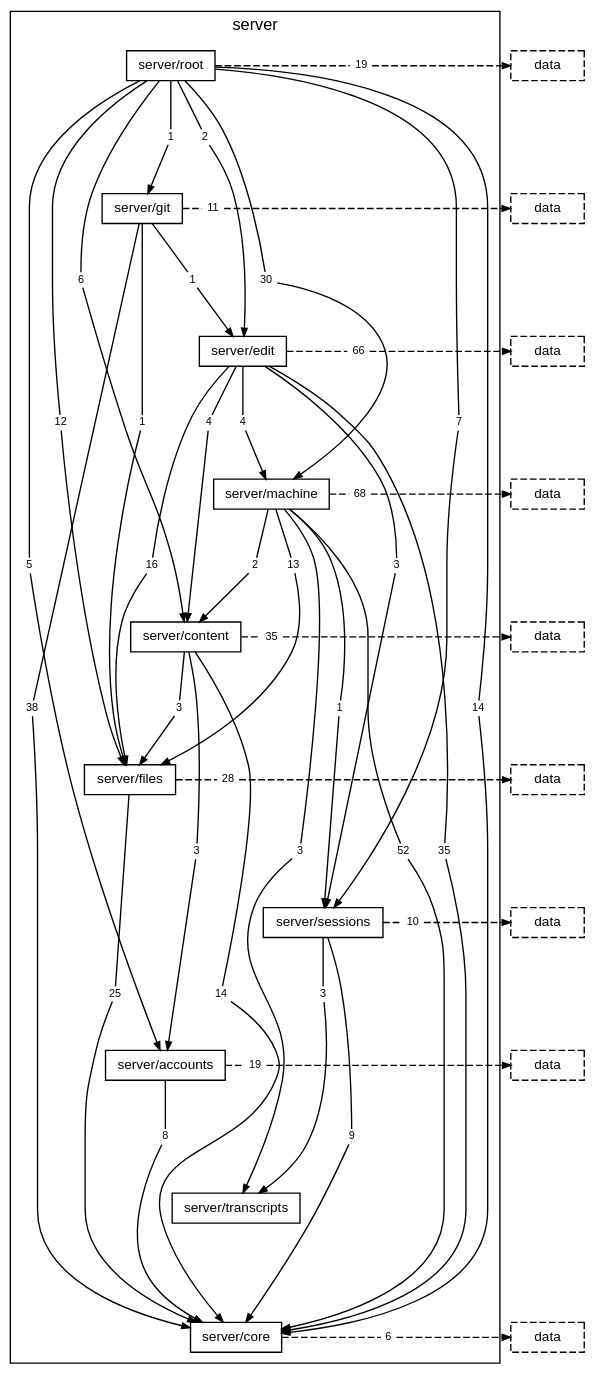
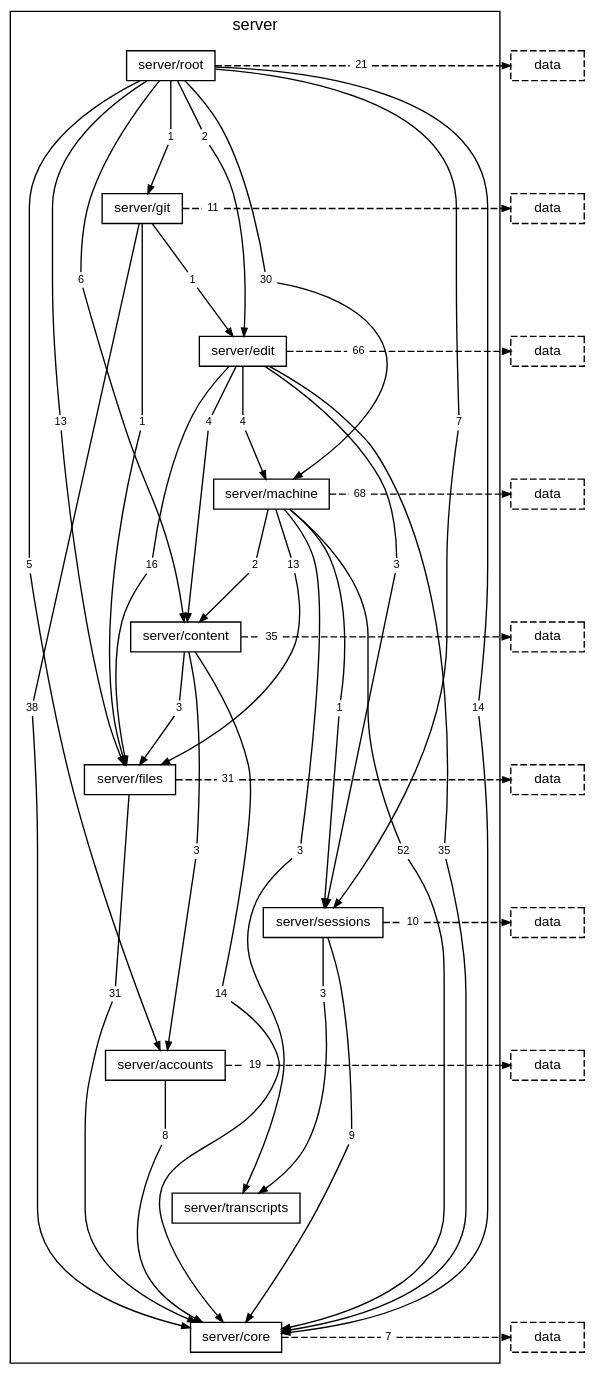
One commit to TheAxeC/oculus changed the diagram in docs/diagrams/layer-server.dot. Above: the diagram before and after it, drawn with Graphviz. The commit also changed 132 other files, not shown here.

```diff
--- a/docs/diagrams/layer-server.dot
+++ b/docs/diagrams/layer-server.dot
@@ -18,11 +18,11 @@
         "folder server/root to folder server/content" [label="6", shape=box, color="transparent", fontsize=8, width=0, height=0, margin="0.04,0.02"];
         "folder server/root to folder server/core" [label="14", shape=box, color="transparent", fontsize=8, width=0, height=0, margin="0.04,0.02"];
         "folder server/root to folder server/edit" [label="2", shape=box, color="transparent", fontsize=8, width=0, height=0, margin="0.04,0.02"];
-        "folder server/root to folder server/files" [label="12", shape=box, color="transparent", fontsize=8, width=0, height=0, margin="0.04,0.02"];
+        "folder server/root to folder server/files" [label="13", shape=box, color="transparent", fontsize=8, width=0, height=0, margin="0.04,0.02"];
         "folder server/root to folder server/git" [label="1", shape=box, color="transparent", fontsize=8, width=0, height=0, margin="0.04,0.02"];
         "folder server/root to folder server/machine" [label="30", shape=box, color="transparent", fontsize=8, width=0, height=0, margin="0.04,0.02"];
         "folder server/root to folder server/sessions" [label="7", shape=box, color="transparent", fontsize=8, width=0, height=0, margin="0.04,0.02"];
-        "folder server/root to layer data" [label="19", shape=box, color="transparent", fontsize=8, width=0, height=0, margin="0.04,0.02"];
+        "folder server/root to layer data" [label="21", shape=box, color="transparent", fontsize=8, width=0, height=0, margin="0.04,0.02"];
         "folder server/git to folder server/core" [label="38", shape=box, color="transparent", fontsize=8, width=0, height=0, margin="0.04,0.02"];
         "folder server/git to folder server/edit" [label="1", shape=box, color="transparent", fontsize=8, width=0, height=0, margin="0.04,0.02"];
         "folder server/git to folder server/files" [label="1", shape=box, color="transparent", fontsize=8, width=0, height=0, margin="0.04,0.02"];
@@ -43,14 +43,14 @@
         "folder server/content to folder server/core" [label="14", shape=box, color="transparent", fontsize=8, width=0, height=0, margin="0.04,0.02"];
         "folder server/content to folder server/files" [label="3", shape=box, color="transparent", fontsize=8, width=0, height=0, margin="0.04,0.02"];
         "folder server/content to layer data" [label="35", shape=box, color="transparent", fontsize=8, width=0, height=0, margin="0.04,0.02"];
-        "folder server/files to folder server/core" [label="25", shape=box, color="transparent", fontsize=8, width=0, height=0, margin="0.04,0.02"];
-        "folder server/files to layer data" [label="28", shape=box, color="transparent", fontsize=8, width=0, height=0, margin="0.04,0.02"];
+        "folder server/files to folder server/core" [label="31", shape=box, color="transparent", fontsize=8, width=0, height=0, margin="0.04,0.02"];
+        "folder server/files to layer data" [label="31", shape=box, color="transparent", fontsize=8, width=0, height=0, margin="0.04,0.02"];
         "folder server/sessions to folder server/core" [label="9", shape=box, color="transparent", fontsize=8, width=0, height=0, margin="0.04,0.02"];
         "folder server/sessions to folder server/transcripts" [label="3", shape=box, color="transparent", fontsize=8, width=0, height=0, margin="0.04,0.02"];
         "folder server/sessions to layer data" [label="10", shape=box, color="transparent", fontsize=8, width=0, height=0, margin="0.04,0.02"];
         "folder server/accounts to folder server/core" [label="8", shape=box, color="transparent", fontsize=8, width=0, height=0, margin="0.04,0.02"];
         "folder server/accounts to layer data" [label="19", shape=box, color="transparent", fontsize=8, width=0, height=0, margin="0.04,0.02"];
-        "folder server/core to layer data" [label="6", shape=box, color="transparent", fontsize=8, width=0, height=0, margin="0.04,0.02"];
+        "folder server/core to layer data" [label="7", shape=box, color="transparent", fontsize=8, width=0, height=0, margin="0.04,0.02"];
     }
     "layer data from folder server/root" [label="data", style=dashed];
     "layer data from folder server/git" [label="data", style=dashed];
```
